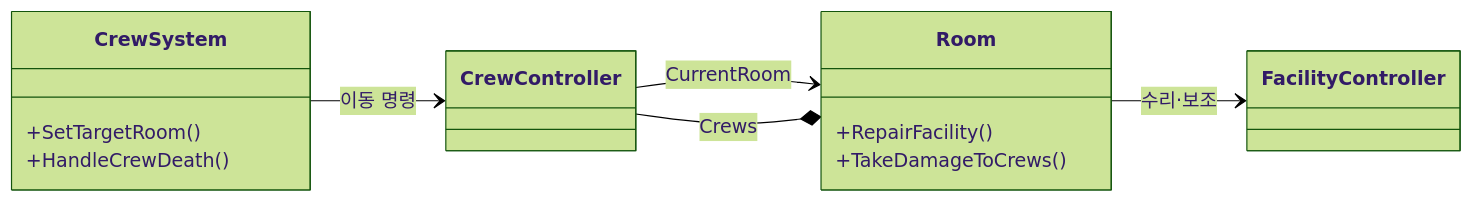
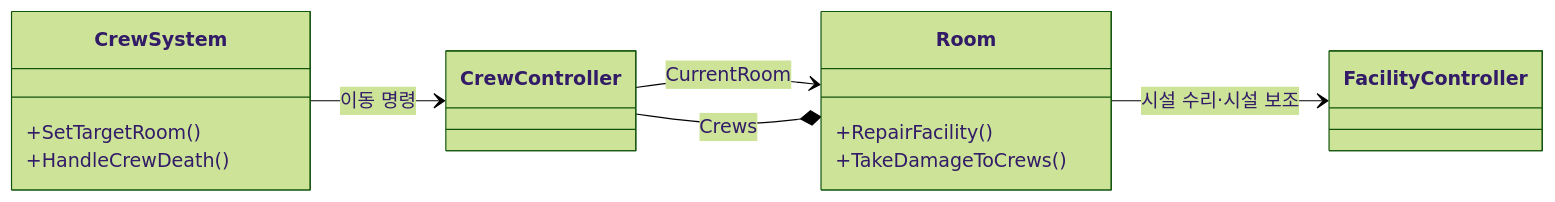
One commit to MountainHS/portfolio changed the fifth of 9 diagrams in src/3-mini-ftl/기술문서.md. Above: the diagram before and after it, drawn with Mermaid (forest theme). The commit also changed other lines of this file, not shown here.

````diff
--- a/src/3-mini-ftl/기술문서.md
+++ b/src/3-mini-ftl/기술문서.md
@@ -197,16 +197,16 @@
 ```mermaid
 classDiagram
   direction LR
   CrewSystem --> CrewController : 이동 명령
   CrewController --> Room : CurrentRoom
   Room *-- CrewController : Crews
-  Room --> FacilityController : 수리·보조
+  Room --> FacilityController : 시설 수리·시설 보조
   class CrewSystem {
     +SetTargetRoom()
     +HandleCrewDeath()
   }
   class Room {
     +RepairFacility()
     +TakeDamageToCrews()
   }
 ```
````
